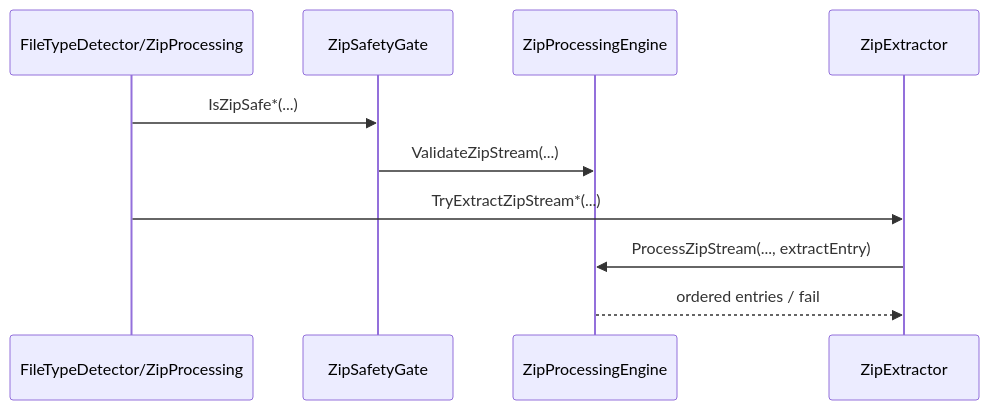
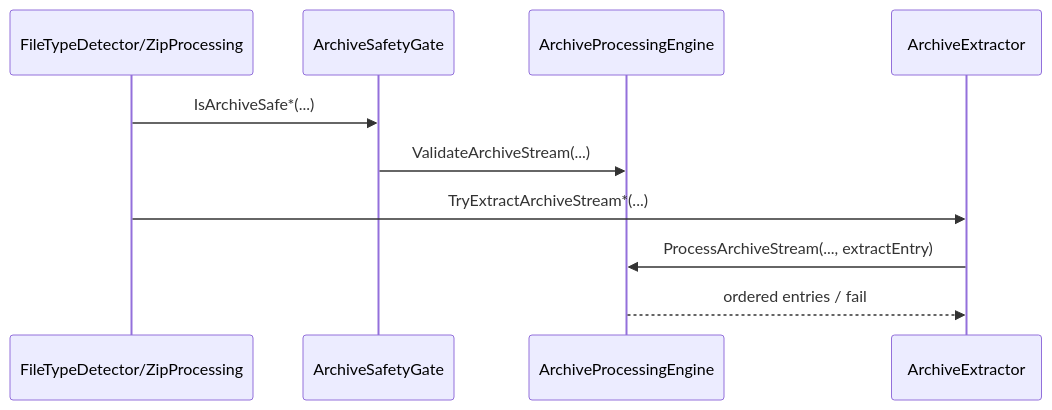
The diagram in src/FileTypeDetection/Infrastructure/README.md (tomtastisch/FileClassifier), drawn with Mermaid before and after one commit. The commit also changed other lines of this file and 40 other files, not shown here.

````diff
--- a/src/FileTypeDetection/Infrastructure/README.md
+++ b/src/FileTypeDetection/Infrastructure/README.md
@@ -23,13 +26,13 @@
 ```mermaid
 sequenceDiagram
     participant API as FileTypeDetector/ZipProcessing
-    participant Gate as ZipSafetyGate
-    participant Engine as ZipProcessingEngine
-    participant Extractor as ZipExtractor
+    participant Gate as ArchiveSafetyGate
+    participant Engine as ArchiveProcessingEngine
+    participant Extractor as ArchiveExtractor
 
-    API->>Gate: IsZipSafe*(...)
-    Gate->>Engine: ValidateZipStream(...)
-    API->>Extractor: TryExtractZipStream*(...)
-    Extractor->>Engine: ProcessZipStream(..., extractEntry)
+    API->>Gate: IsArchiveSafe*(...)
+    Gate->>Engine: ValidateArchiveStream(...)
+    API->>Extractor: TryExtractArchiveStream*(...)
+    Extractor->>Engine: ProcessArchiveStream(..., extractEntry)
     Engine-->>Extractor: ordered entries / fail
 ```
````
